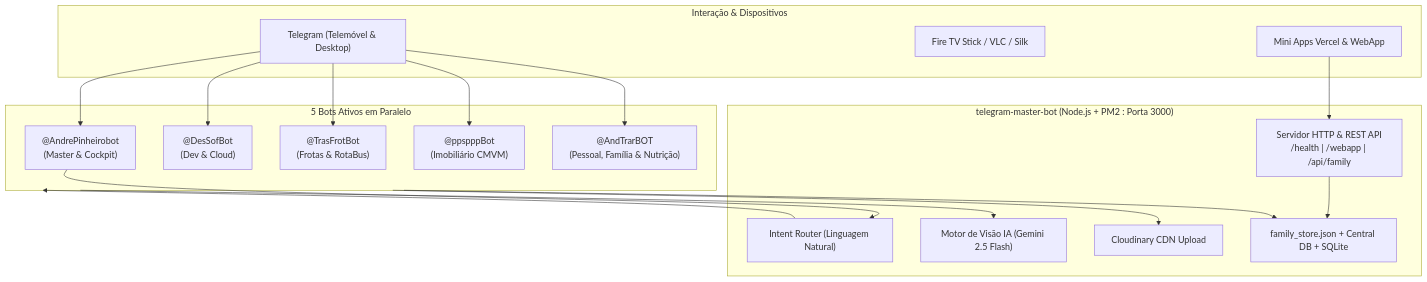
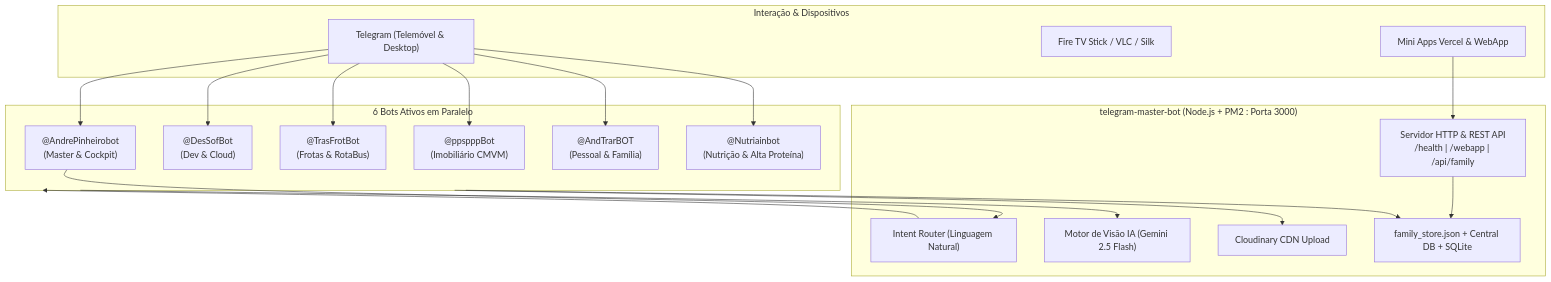
One commit to andre22pinheiro-ui/telegram-master-bot changed the diagram in RELATORIO_VALENCIAS.md. Above: the diagram before and after it, drawn with Mermaid. The commit also changed other lines of this file and 12 other files, not shown here.

````diff
--- a/RELATORIO_VALENCIAS.md
+++ b/RELATORIO_VALENCIAS.md
@@ -32,38 +32,40 @@
 ```mermaid
 flowchart TD
     subgraph Utilizador["Interação & Dispositivos"]
         TG["Telegram (Telemóvel & Desktop)"]
         TV["Fire TV Stick / VLC / Silk"]
         WEB["Mini Apps Vercel & WebApp"]
     end
 
     subgraph Orquestrador["telegram-master-bot (Node.js + PM2 : Porta 3000)"]
         HTTP["Servidor HTTP & REST API<br/>/health | /webapp | /api/family"]
         ROUTER["Intent Router (Linguagem Natural)"]
         VISION["Motor de Visão IA (Gemini 2.5 Flash)"]
         CDN["Cloudinary CDN Upload"]
         DB["family_store.json + Central DB + SQLite"]
     end
 
-    subgraph Workers["5 Bots Ativos em Paralelo"]
+    subgraph Workers["6 Bots Ativos em Paralelo"]
         B_MASTER["@AndrePinheirobot<br/>(Master & Cockpit)"]
         B_DEV["@DesSofBot<br/>(Dev & Cloud)"]
         B_FROTAS["@TrasFrotBot<br/>(Frotas & RotaBus)"]
         B_IMMO["@ppspppBot<br/>(Imobiliário CMVM)"]
-        B_PESSOAL["@AndTrarBOT<br/>(Pessoal, Família & Nutrição)"]
+        B_PESSOAL["@AndTrarBOT<br/>(Pessoal & Família)"]
+        B_NUTRI["@Nutriainbot<br/>(Nutrição & Alta Proteína)"]
     end
 
     TG --> B_MASTER
     TG --> B_DEV
     TG --> B_FROTAS
     TG --> B_IMMO
     TG --> B_PESSOAL
+    TG --> B_NUTRI
 
     B_MASTER --> ROUTER
     ROUTER --> Workers
     Workers --> VISION
     Workers --> CDN
     Workers --> DB
     HTTP --> DB
     WEB --> HTTP
 ```
````
